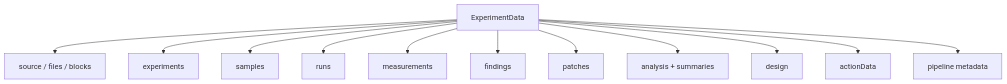
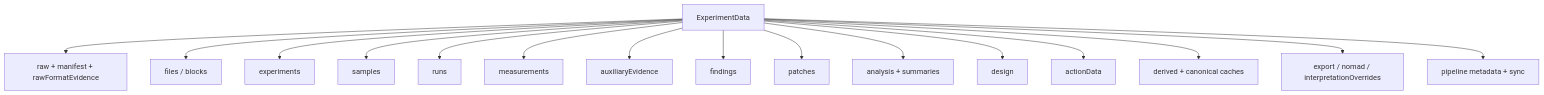
The first of 3 diagrams in docs/specs/DATA_MODEL.md (matginesi/LabFlow), drawn with Mermaid before and after one commit. The commit also changed other lines of this file and 35 other files, not shown here.

````diff
--- a/docs/specs/DATA_MODEL.md
+++ b/docs/specs/DATA_MODEL.md
@@ -14,14 +14,18 @@
 ```mermaid
 flowchart TD
-    ED[ExperimentData] --> SRC[source / files / blocks]
+    ED[ExperimentData] --> RAW[raw + manifest + rawFormatEvidence]
+    ED --> SRC[files / blocks]
     ED --> EXP[experiments]
     ED --> S[samples]
     ED --> R[runs]
     ED --> M[measurements]
+    ED --> AZ[auxiliaryEvidence]
     ED --> F[findings]
     ED --> P[patches]
     ED --> A[analysis + summaries]
     ED --> D[design]
     ED --> AD[actionData]
-    ED --> PM[pipeline metadata]
+    ED --> DER[derived + canonical caches]
+    ED --> EX[export / nomad / interpretationOverrides]
+    ED --> PM[pipeline metadata + sync]
 ```
````
